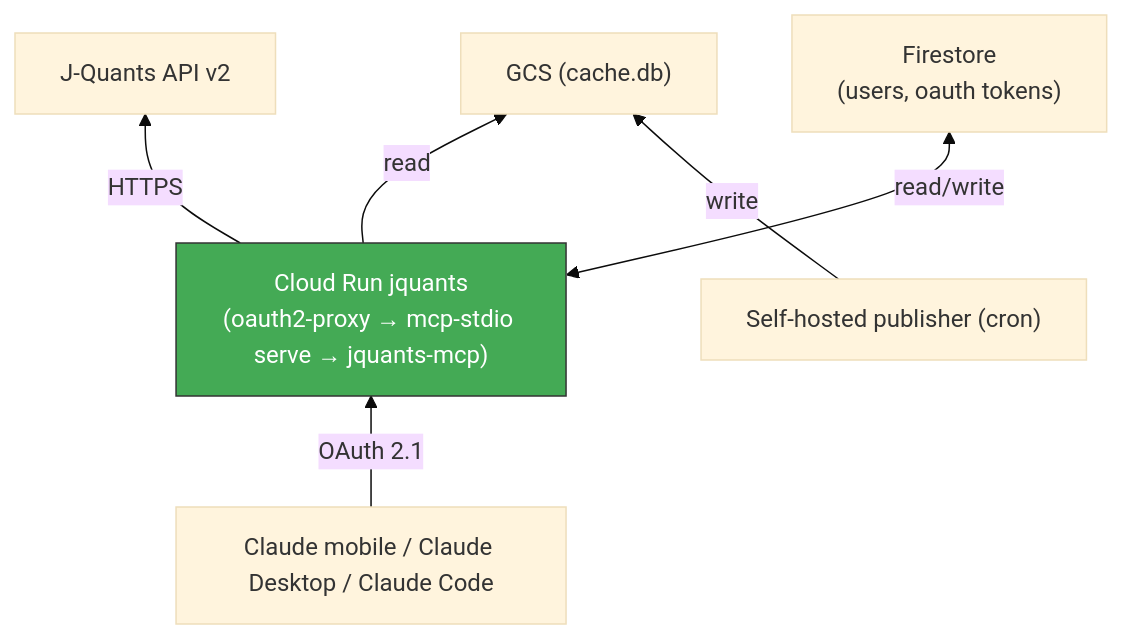
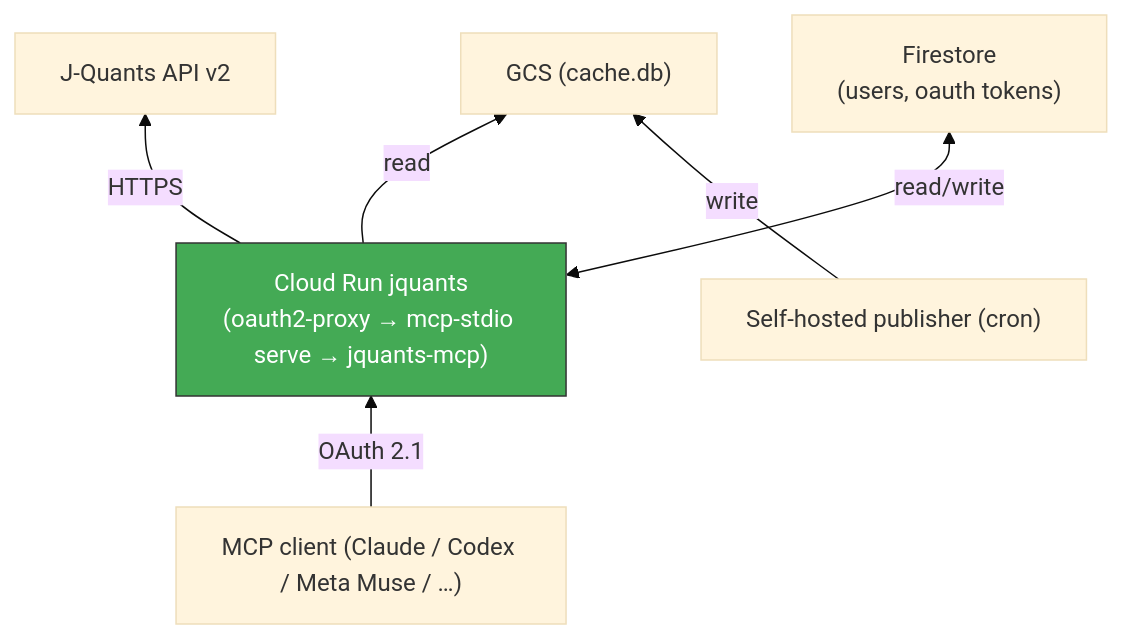
The fifth of 5 diagrams in docs/deploy/README.md (shigechika/jquants-mcp), drawn with Mermaid (base theme) before and after one commit. The commit also changed other lines of this file and 15 other files, not shown here.

First line of the commit message:
docs: show jquants-mcp works with non-Claude MCP clients (Codex, Meta Muse) (#644)

````diff
--- a/docs/deploy/README.md
+++ b/docs/deploy/README.md
@@ -110,17 +110,17 @@
 ```mermaid
 graph BT
     C["J-Quants API v2"]
     D["GCS (cache.db)"]
     E["Firestore\n(users, oauth tokens)"]
     B["Cloud Run jquants\n(oauth2-proxy → mcp-stdio serve → jquants-mcp)"]
-    A["Claude mobile / Claude Desktop / Claude Code"]
+    A["MCP client (Claude / Codex / Meta Muse / …)"]
     F["Self-hosted publisher (cron)"]
 
     A -->|"OAuth 2.1"| B
     B -->|HTTPS| C
     B -->|read| D
     B <-->|read/write| E
     F -->|write| D
 
     style B fill:#4a5,stroke:#333,color:#fff
 ```
````
